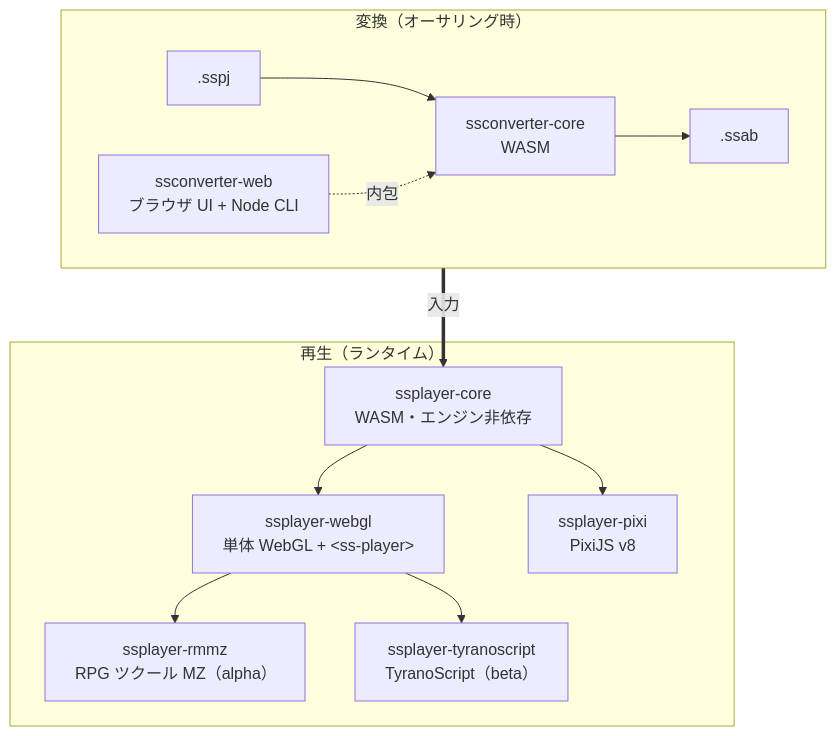
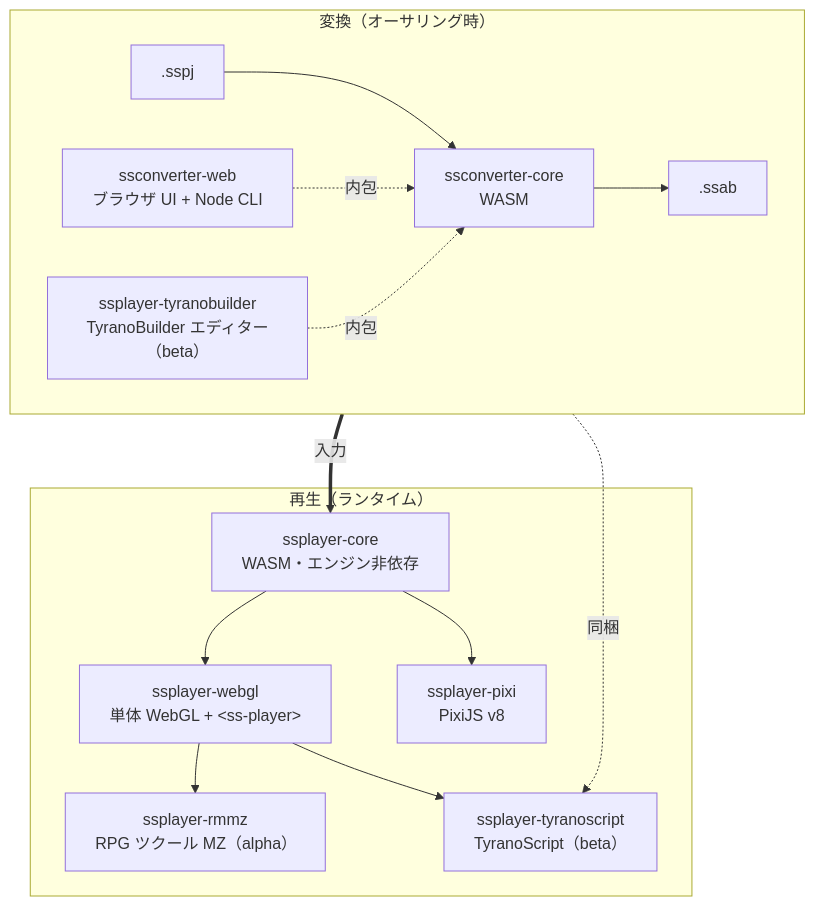
One commit to cri-middleware/SSPlayerForWeb changed the diagram in README.ja.md. Above: the diagram before and after it, drawn with Mermaid. The commit also changed other lines of this file and 17 other files, not shown here.

````diff
--- a/README.ja.md
+++ b/README.ja.md
@@ -106,22 +106,24 @@
 ```mermaid
 flowchart TD
     subgraph conv ["変換（オーサリング時）"]
         direction LR
         sspj[".sspj"] --> convcore["ssconverter-core<br/>WASM"] --> ssab[".ssab"]
         convweb["ssconverter-web<br/>ブラウザ UI + Node CLI"] -. 内包 .-> convcore
+        tyranob["ssplayer-tyranobuilder<br/>TyranoBuilder エディター（beta）"] -. 内包 .-> convcore
     end
 
     subgraph play ["再生（ランタイム）"]
         core["ssplayer-core<br/>WASM・エンジン非依存"]
         webgl["ssplayer-webgl<br/>単体 WebGL + &lt;ss-player&gt;"]
         pixi["ssplayer-pixi<br/>PixiJS v8"]
         rmmz["ssplayer-rmmz<br/>RPG ツクール MZ（alpha）"]
         tyrano["ssplayer-tyranoscript<br/>TyranoScript（beta）"]
         core --> webgl
         core --> pixi
         webgl --> rmmz
         webgl --> tyrano
     end
 
+    tyranob -. 同梱 .-> tyrano
     ssab ==>|入力| core
 ```
````
